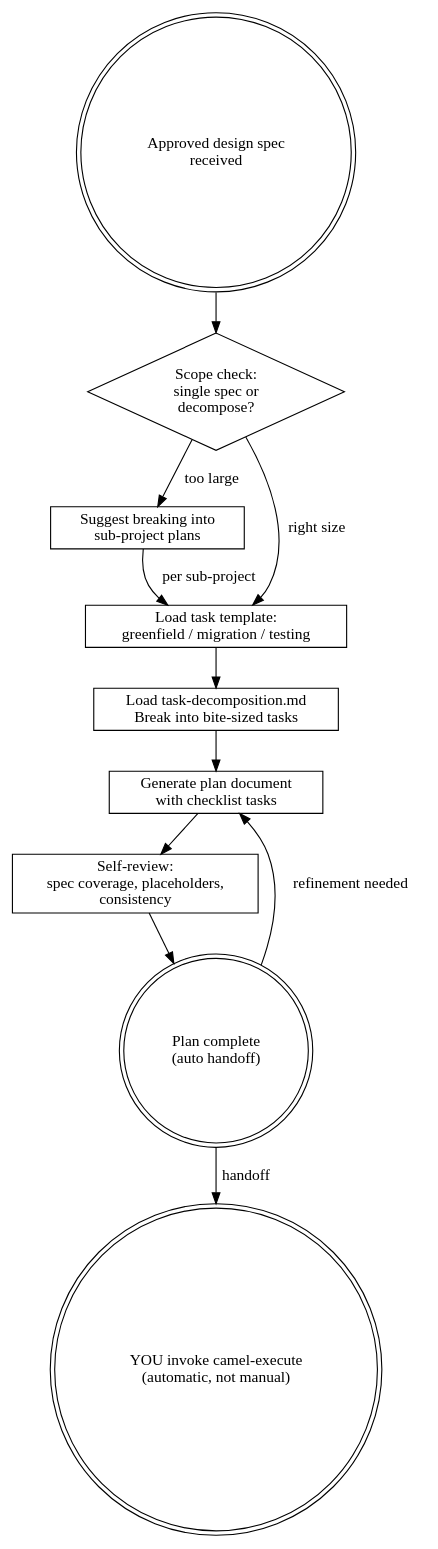
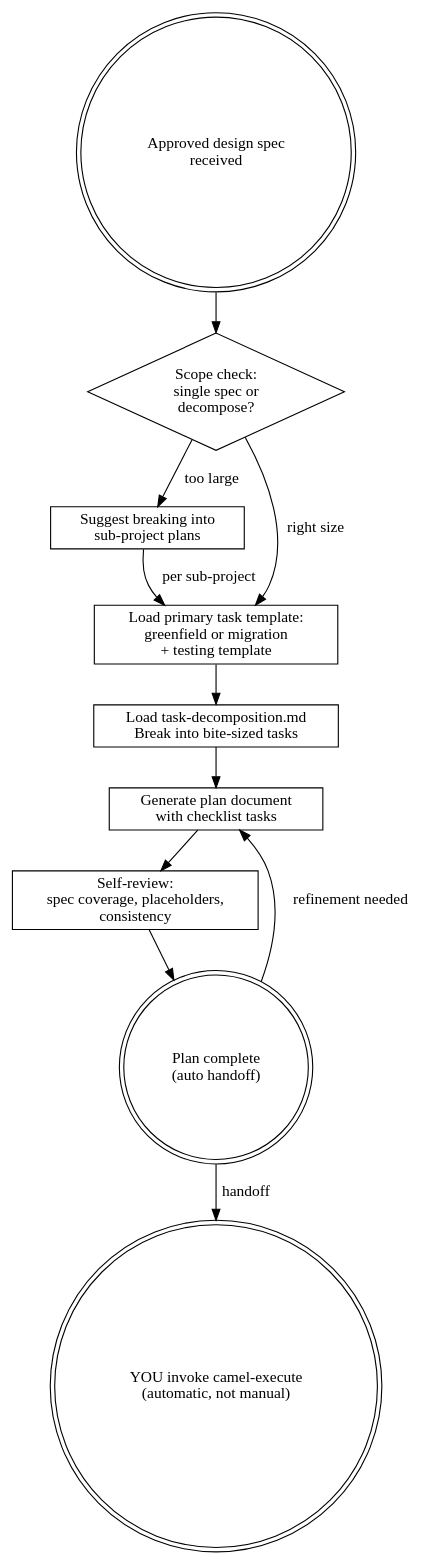
Before and after one commit to luigidemasi/camel-kit: the diagram in camel-kit-core/src/main/resources/skills/camel-plan/SKILL.md, drawn with Graphviz. The commit also changed other lines of this file and 213 other files, not shown here.

````diff
--- a/camel-kit-core/src/main/resources/skills/camel-plan/SKILL.md
+++ b/camel-kit-core/src/main/resources/skills/camel-plan/SKILL.md
@@ -60,26 +60,26 @@
 ```dot
 digraph plan {
     rankdir=TB;
     
     start [label="Approved design spec\nreceived", shape=doublecircle];
     scope [label="Scope check:\nsingle spec or\ndecompose?", shape=diamond];
     decompose [label="Suggest breaking into\nsub-project plans", shape=box];
-    load_template [label="Load task template:\ngreenfield / migration / testing", shape=box];
+    load_template [label="Load primary task template:\ngreenfield or migration\n+ testing template", shape=box];
     decompose_tasks [label="Load task-decomposition.md\nBreak into bite-sized tasks", shape=box];
     generate [label="Generate plan document\nwith checklist tasks", shape=box];
     self_review [label="Self-review:\nspec coverage, placeholders,\nconsistency", shape=box];
     plan_complete [label="Plan complete\n(auto handoff)", shape=doublecircle];
     execute [label="YOU invoke camel-execute\n(automatic, not manual)", shape=doublecircle];
     
     start -> scope;
     scope -> decompose [label="too large"];
     scope -> load_template [label="right size"];
     decompose -> load_template [label="per sub-project"];
     load_template -> decompose_tasks;
     decompose_tasks -> generate;
     generate -> self_review;
     self_review -> plan_complete;
     plan_complete -> generate [label="refinement needed"];
     plan_complete -> execute [label="handoff"];
 }
 ```
````
